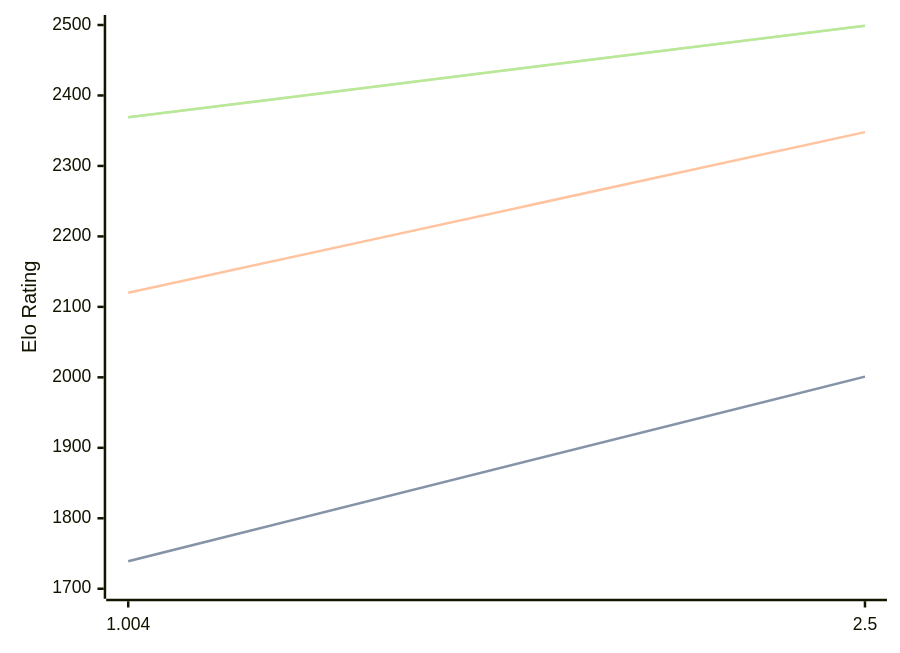
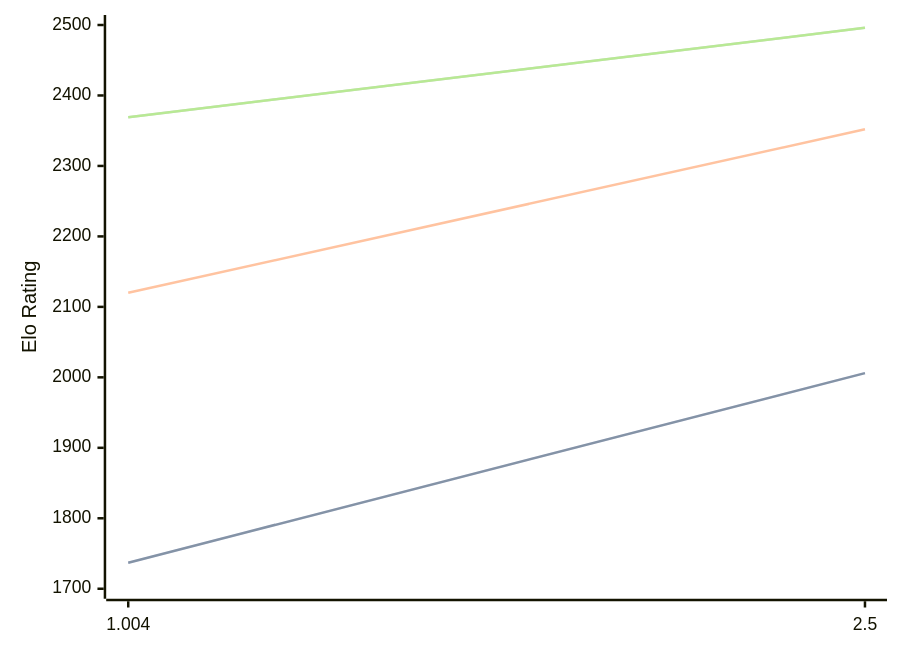
Before and after one commit to computer-chess-index/cci: the diagram in engines/Ares.md, drawn with Mermaid. The commit also changed other lines of this file, not shown here.

Commit message:
Update CCI Ratings (ELO VLTC) - 2026-03-05

````diff
--- a/engines/Ares.md
+++ b/engines/Ares.md
@@ -30,11 +30,11 @@
 ```mermaid
 %%{init: {"theme":"base","themeVariables":{"seriesColors:['#a3a3a3','#222221','#faa371']}}}%%
 xychart-beta
   x-axis ["1.004", "2.5"]
   y-axis "Elo Rating" 1700 --> 2500
-  line "STC (8.0+0.08s)" [1739, 2001]
-  line "STC (8.0+0.08s)" [1739, 2001]
-  line "LTC (60.0+0.60s)" [2120, 2348]
-  line "VLTC (2m24s+1.12s)" [2369, 2499]
-  line "VLTC (2m24s+1.12s)" [2369, 2499]
+  line "STC (8.0+0.08s)" [1737, 2006]
+  line "STC (8.0+0.08s)" [1737, 2006]
+  line "LTC (60.0+0.60s)" [2120, 2352]
+  line "VLTC (2m24s+1.12s)" [2369, 2496]
+  line "VLTC (2m24s+1.12s)" [2369, 2496]
 ```
````
